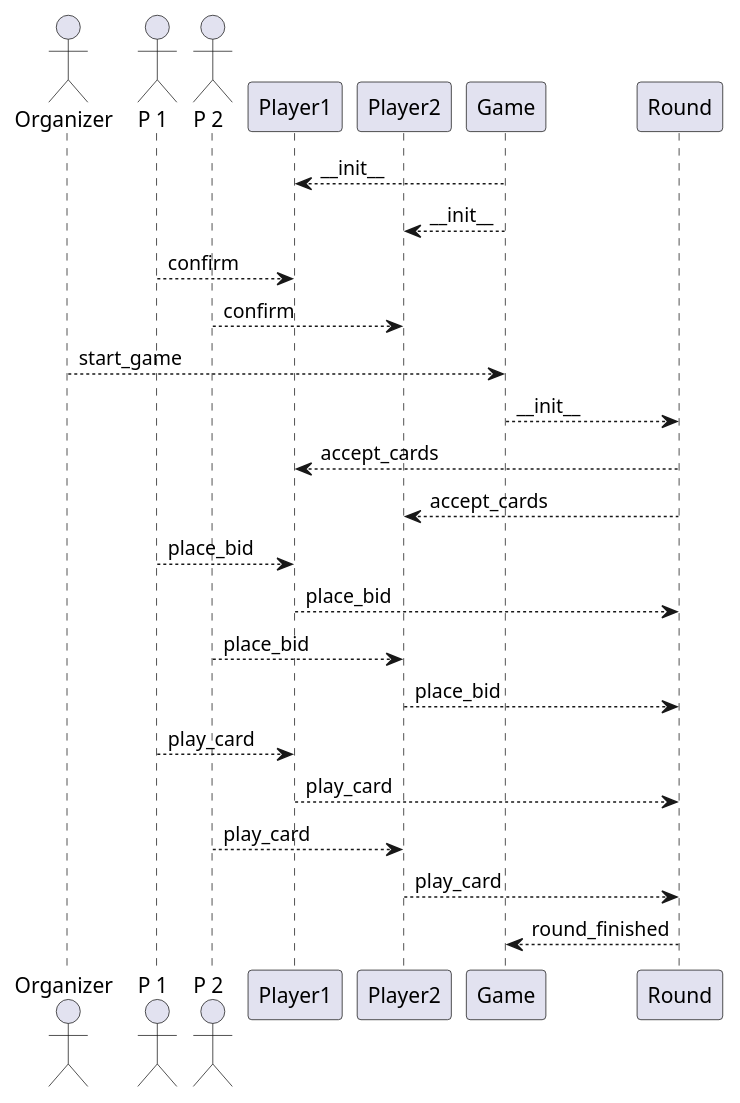
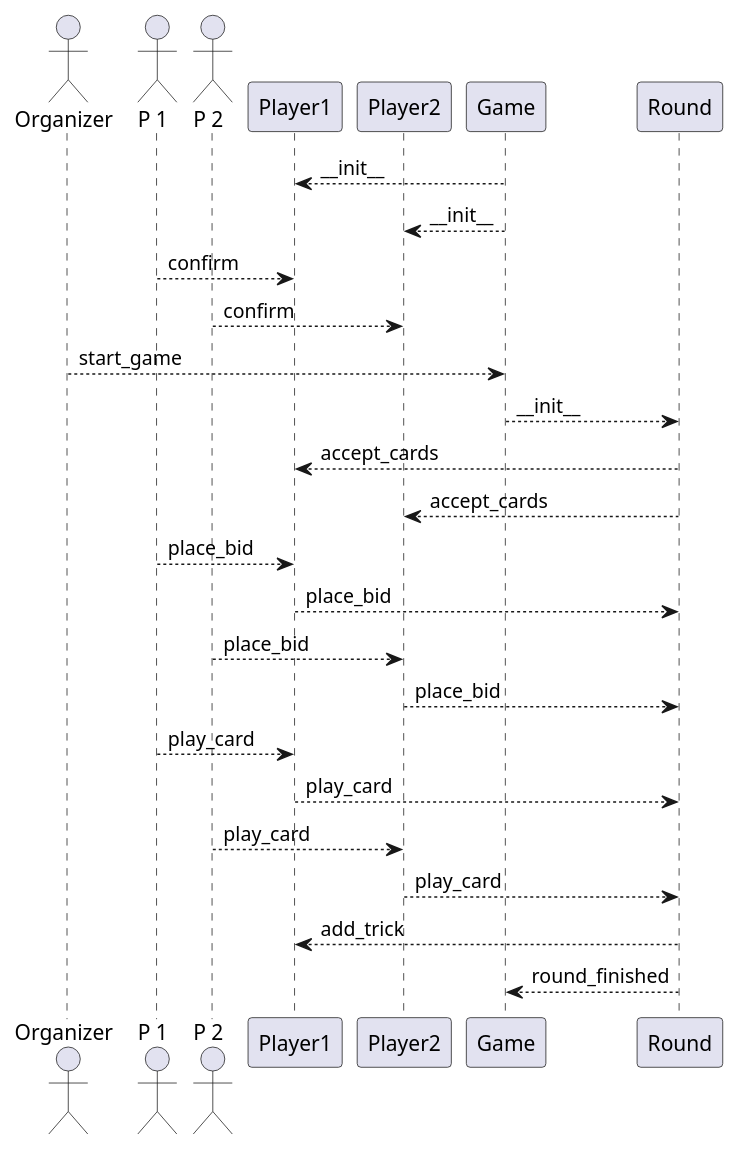
The second of 3 diagrams in README.org (pcrama/rikiki), drawn with PlantUML before and after one commit. The commit also changed other lines of this file and 4 other files, not shown here.

```diff
--- a/README.org
+++ b/README.org
@@ -99,26 +99,27 @@
 #+BEGIN_SRC plantuml :file doc/models_player_round_sequence_diagram.png
   actor Organizer as O
   actor "P 1" as A1
   actor "P 2" as A2
   participant "Player1" as P1
   participant "Player2" as P2
   participant Game as G
   participant Round as R
   G --> P1 : _~_init~_~_
   G --> P2 : _~_init~_~_
   A1 --> P1 : confirm
   A2 --> P2 : confirm
   O --> G : start_game
   G --> R : _~_init~_~_
   R --> P1 : accept_cards
   R --> P2 : accept_cards
   A1 --> P1 : place_bid
   P1 --> R : place_bid
   A2 --> P2 : place_bid
   P2 --> R : place_bid
   A1 --> P1 : play_card
   P1 --> R : play_card
   A2 --> P2 : play_card
   P2 --> R : play_card
+  R --> P1 : add_trick
   R --> G : round_finished  
 #+END_SRC
```
